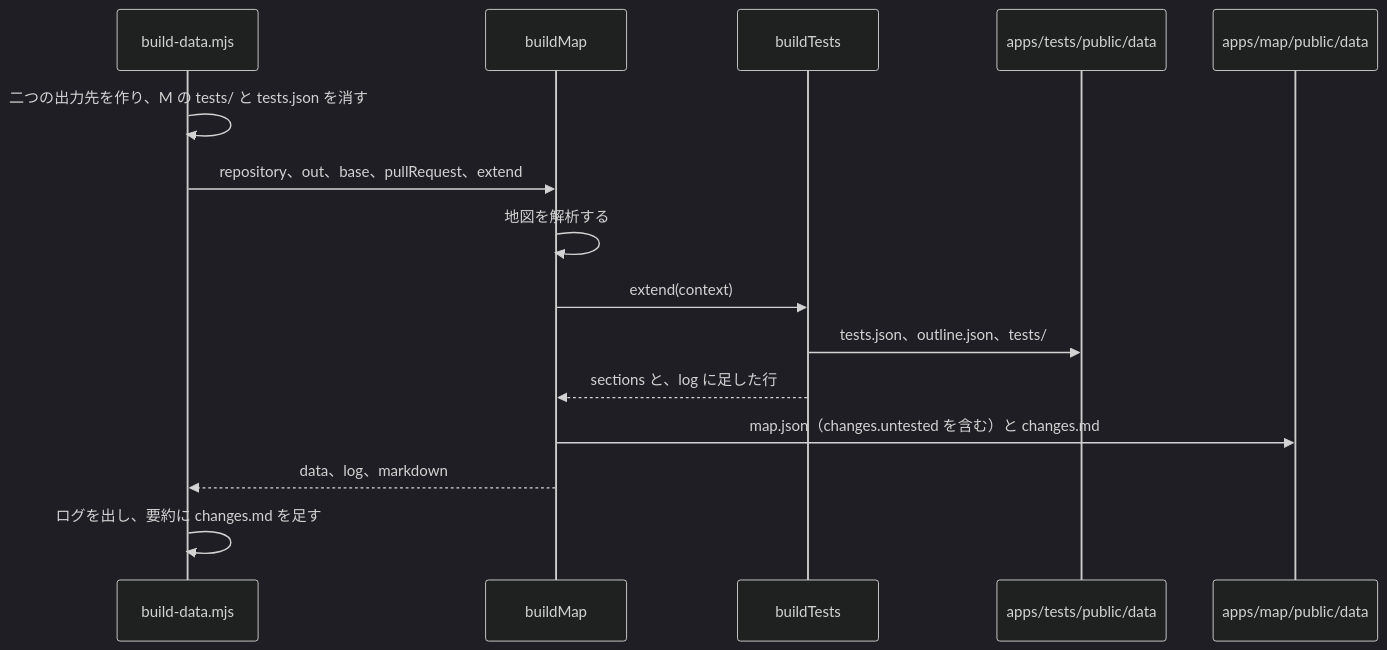
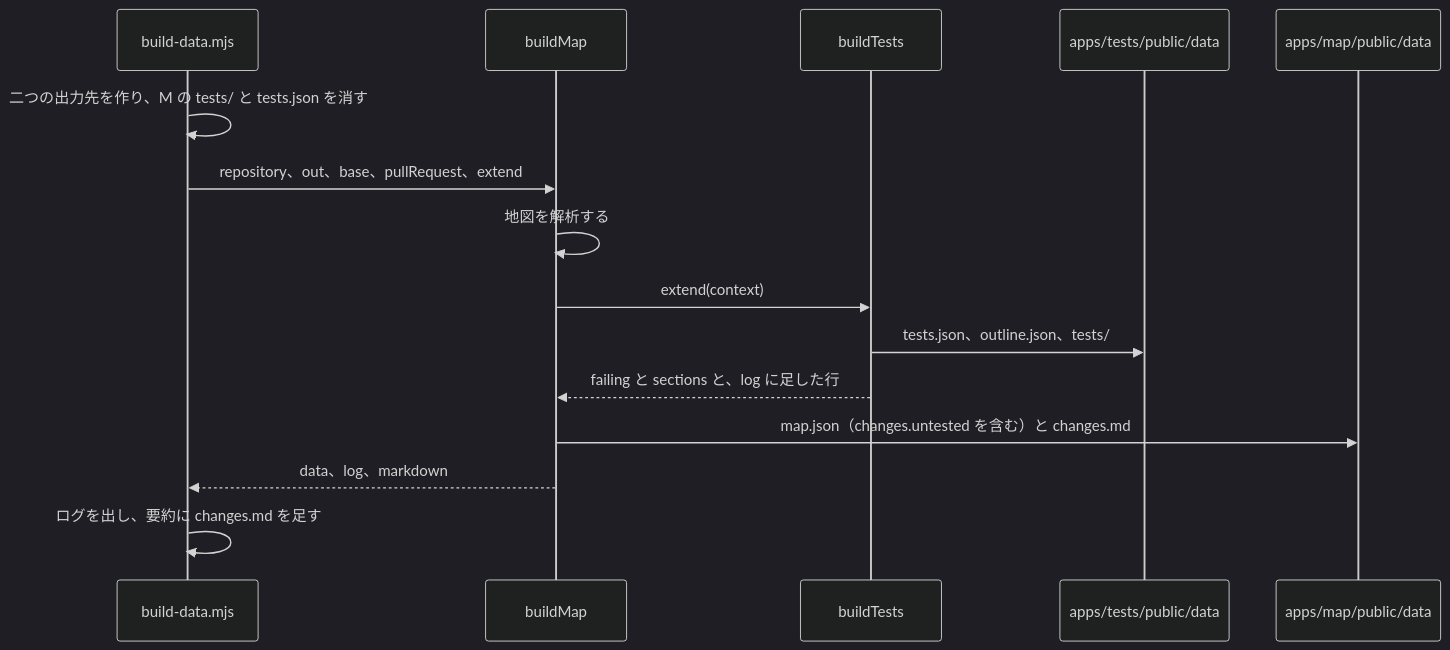
The fifth of 20 diagrams in apps/tests/docs/07-build-ci.md (maronnjapan/maronn-openid-connect), drawn with Mermaid (dark theme) before and after one commit. The commit also changed other lines of this file and 8 other files, not shown here.

````diff
--- a/apps/tests/docs/07-build-ci.md
+++ b/apps/tests/docs/07-build-ci.md
@@ -314,17 +314,17 @@
 ```mermaid
 sequenceDiagram
   participant S as build-data.mjs
   participant B as buildMap
   participant T as buildTests
   participant D as apps/tests/public/data
   participant M as apps/map/public/data
   S->>S: 二つの出力先を作り、M の tests/ と tests.json を消す
   S->>B: repository、out、base、pullRequest、extend
   B->>B: 地図を解析する
   B->>T: extend(context)
   T->>D: tests.json、outline.json、tests/
-  T-->>B: sections と、log に足した行
+  T-->>B: failing と sections と、log に足した行
   B->>M: map.json（changes.untested を含む）と changes.md
   B-->>S: data、log、markdown
   S->>S: ログを出し、要約に changes.md を足す
 ```
````
